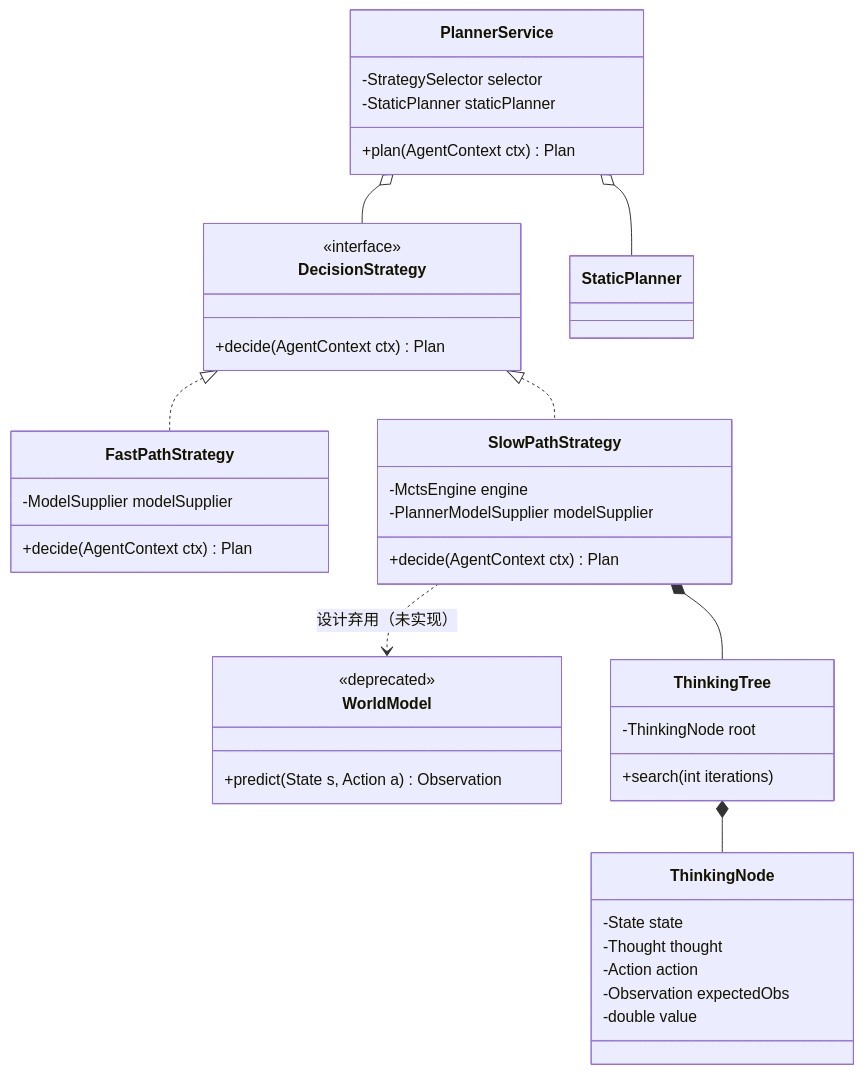
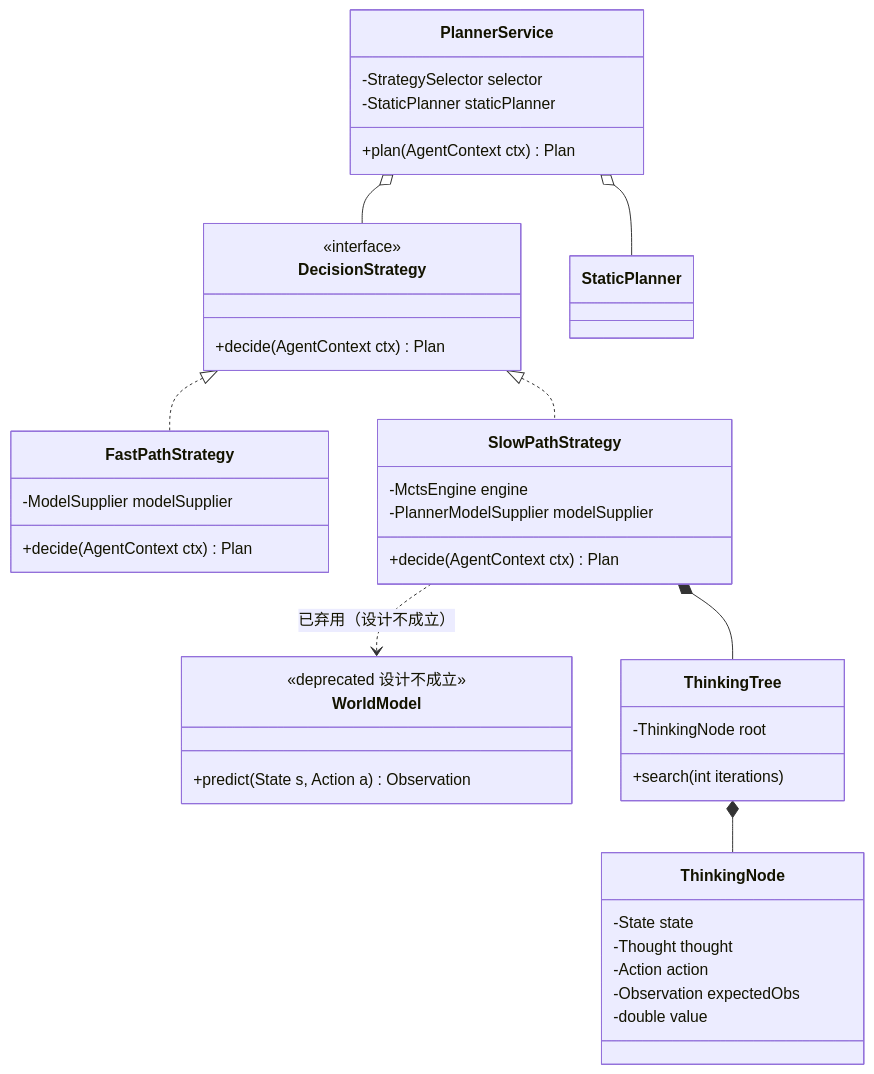
The first of 2 diagrams in docs/alice-core-planner/DESIGN.md (chaineasy-ai/alice-agent), drawn with Mermaid before and after one commit. The commit also changed 3 other files, not shown here.

Commit message:
docs: WorldModel 弃用口径全量对齐——类图/时序图/引用措辞统一为「设计不成立」；memory-vault 术语消歧；旧板映射挂 X12

````diff
--- a/docs/alice-core-planner/DESIGN.md
+++ b/docs/alice-core-planner/DESIGN.md
@@ -24,50 +24,50 @@
 ```mermaid
 classDiagram
     class PlannerService {
         -StrategySelector selector
         -StaticPlanner staticPlanner
         +plan(AgentContext ctx) Plan
     }
 
     class DecisionStrategy {
         <<interface>>
         +decide(AgentContext ctx) Plan
     }
 
     class FastPathStrategy {
         -ModelSupplier modelSupplier
         +decide(AgentContext ctx) Plan
     }
 
     class SlowPathStrategy {
         -MctsEngine engine
         -PlannerModelSupplier modelSupplier
         +decide(AgentContext ctx) Plan
     }
 
     class WorldModel {
-        <<deprecated>>
+        <<deprecated 设计不成立>>
         +predict(State s, Action a) Observation
     }
 
     class ThinkingTree {
         -ThinkingNode root
         +search(int iterations)
     }
 
     class ThinkingNode {
         -State state
         -Thought thought
         -Action action
         -Observation expectedObs
         -double value
     }
 
     PlannerService o-- DecisionStrategy
     PlannerService o-- StaticPlanner
     DecisionStrategy <|.. SlowPathStrategy
     DecisionStrategy <|.. FastPathStrategy
     SlowPathStrategy *-- ThinkingTree
-    SlowPathStrategy ..> WorldModel : 设计弃用（未实现）
+    SlowPathStrategy ..> WorldModel : 已弃用（设计不成立）
     ThinkingTree *-- ThinkingNode
 ```
````
